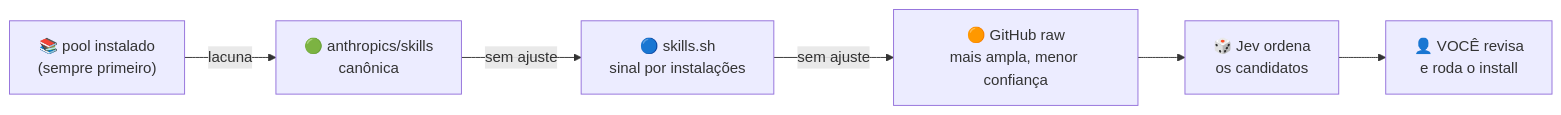
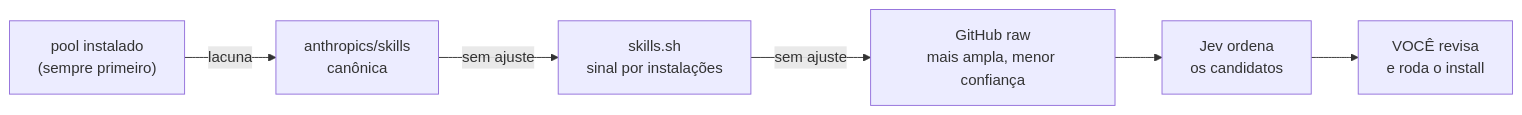
Before and after one commit to ils15/pantheon-opencode: the third of 4 diagrams in README.pt-BR.md, drawn with Mermaid. The commit also changed other lines of this file and 11 other files, not shown here.

````diff
--- a/README.pt-BR.md
+++ b/README.pt-BR.md
@@ -43,8 +43,8 @@
 ```mermaid
 flowchart LR
-    L["📚 pool instalado<br/>(sempre primeiro)"] -->|"lacuna"| C1["🟢 anthropics/skills<br/>canônica"]
-    C1 -->|"sem ajuste"| C2["🔵 skills.sh<br/>sinal por instalações"]
-    C2 -->|"sem ajuste"| C3["🟠 GitHub raw<br/>mais ampla, menor confiança"]
-    C3 --> J["🎲 Jev ordena<br/>os candidatos"]
-    J --> P["👤 VOCÊ revisa<br/>e roda o install"]
+    L["pool instalado<br/>(sempre primeiro)"] -->|"lacuna"| C1["anthropics/skills<br/>canônica"]
+    C1 -->|"sem ajuste"| C2["skills.sh<br/>sinal por instalações"]
+    C2 -->|"sem ajuste"| C3["GitHub raw<br/>mais ampla, menor confiança"]
+    C3 --> J["Jev ordena<br/>os candidatos"]
+    J --> P["VOCÊ revisa<br/>e roda o install"]
 ```
````
